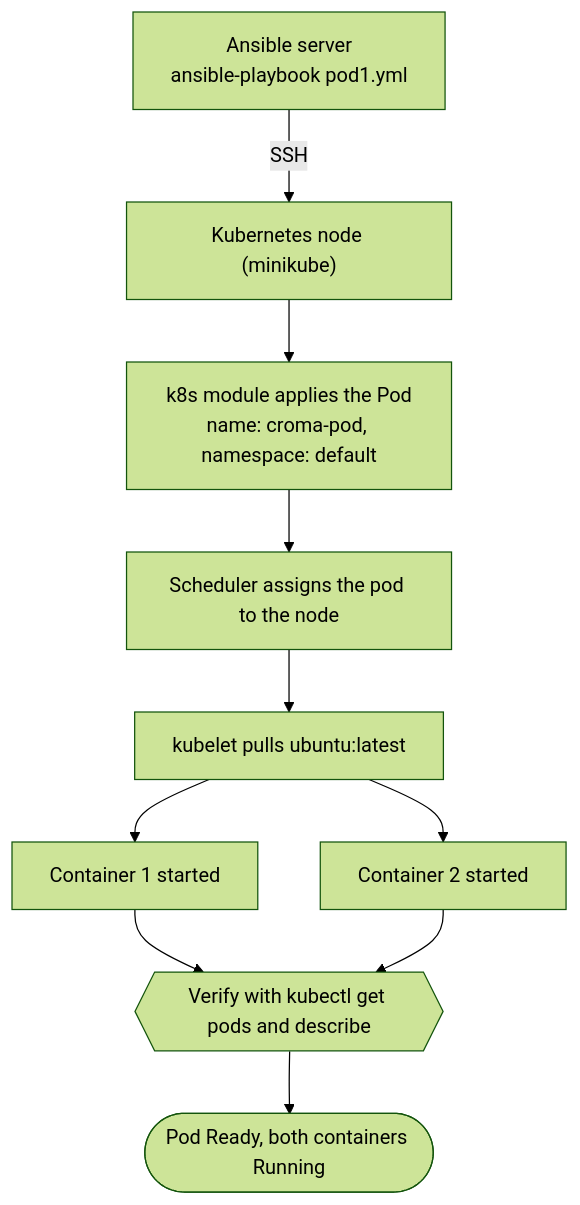
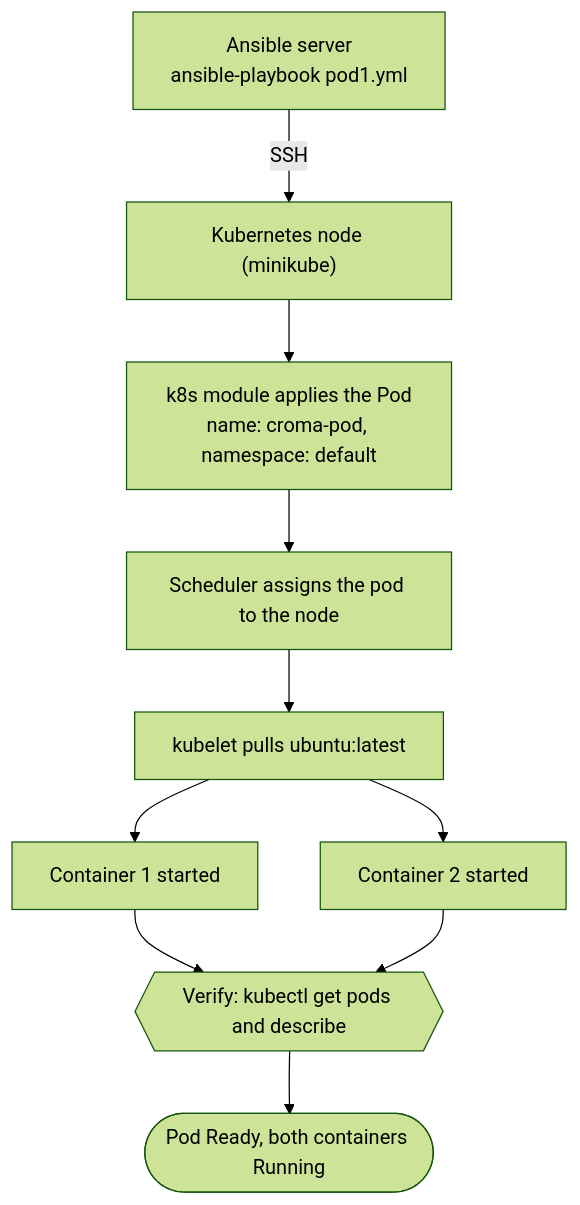
Before and after one commit to PushpenderKumar7505/PushpenderKumar7505: the fifth of 8 diagrams in README.md, drawn with Mermaid (forest theme). The commit also changed other lines of this file, not shown here.

````diff
--- a/README.md
+++ b/README.md
@@ -201,12 +180,12 @@
 ```mermaid
 flowchart TB
     A["Ansible server<br/>ansible-playbook pod1.yml"] -->|"SSH"| B["Kubernetes node (minikube)"]
     B --> C["k8s module applies the Pod<br/>name: croma-pod, namespace: default"]
     C --> D["Scheduler assigns the pod to the node"]
     D --> E["kubelet pulls ubuntu:latest"]
     E --> F["Container 1 started"]
     E --> G["Container 2 started"]
-    F --> H{{"Verify with kubectl get pods and describe"}}
+    F --> H{{"Verify: kubectl get pods and describe"}}
     G --> H
     H --> I(["Pod Ready, both containers Running"])
 ```
````
